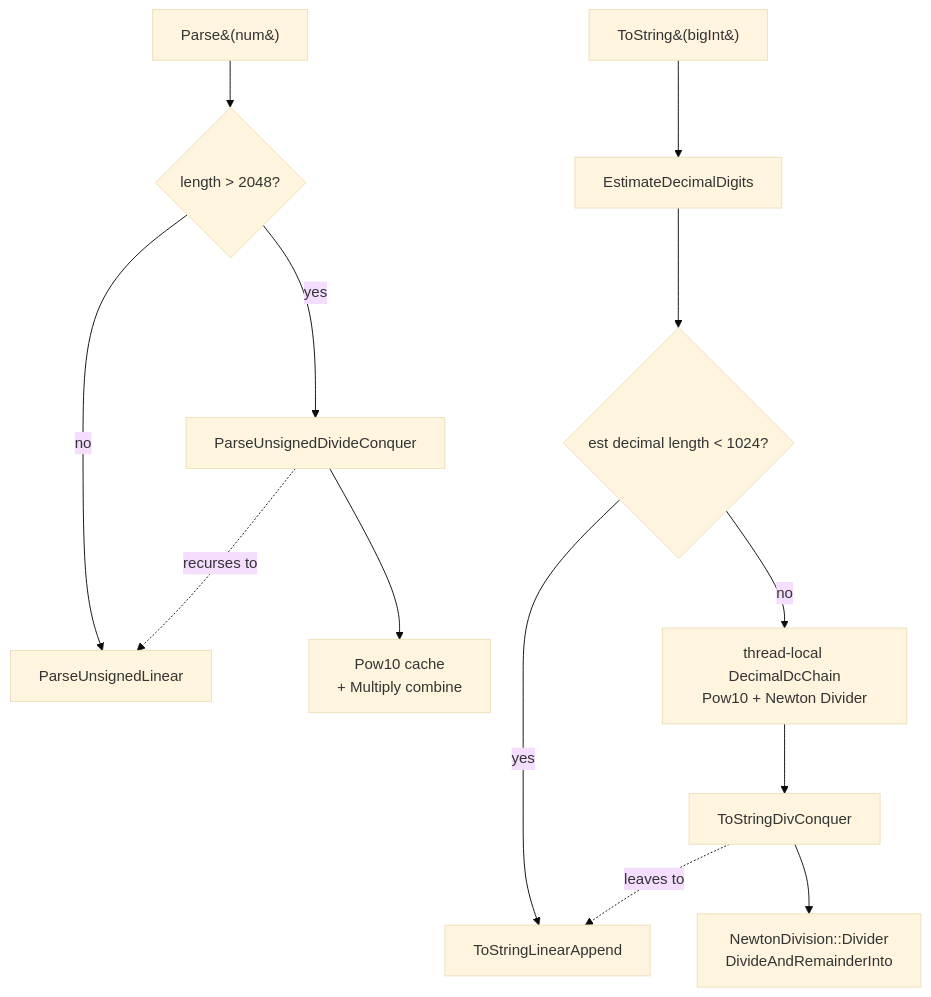
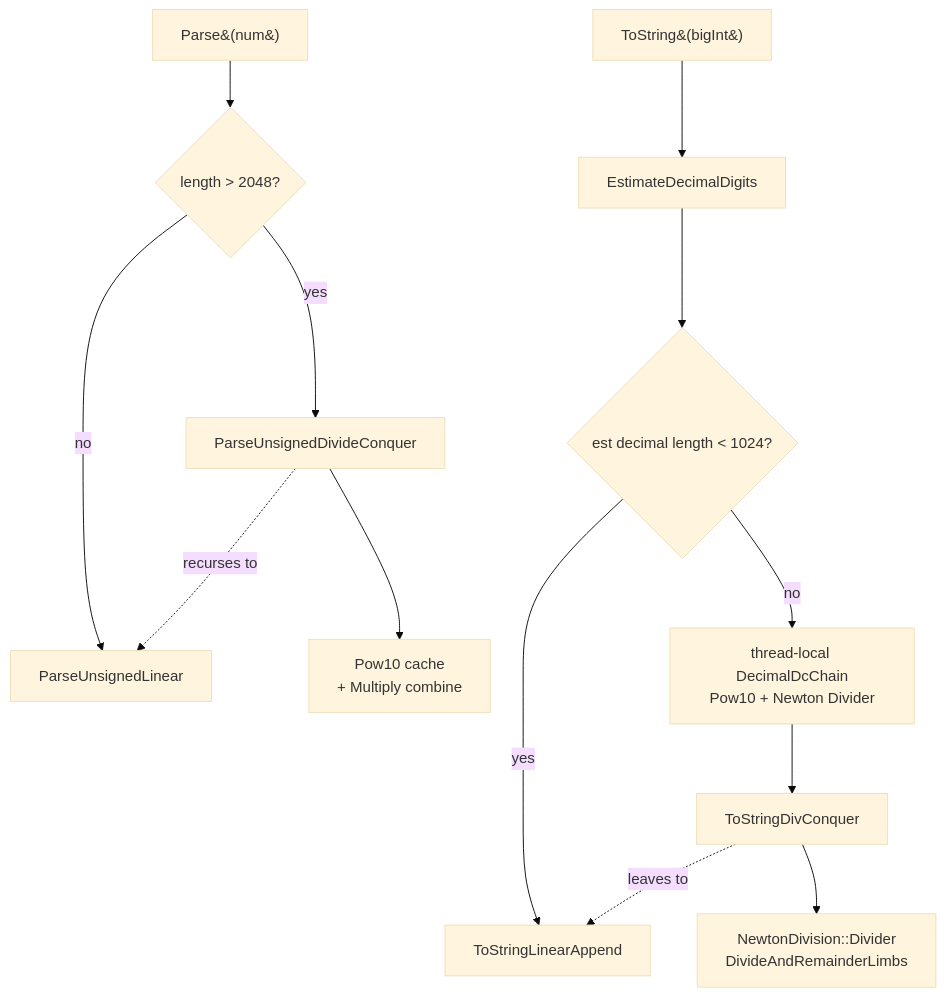
The diagram in docs/STRING_CONVERSION.md (mmurshed/biginteger), drawn with Mermaid (base theme) before and after one commit. The commit also changed other lines of this file and 3 other files, not shown here.

````diff
--- a/docs/STRING_CONVERSION.md
+++ b/docs/STRING_CONVERSION.md
@@ -374,16 +377,16 @@
 ```mermaid
 flowchart TD
     P[Parse&#40;num&#41;] --> P2{length &gt; 2048?}
     P2 -- no --> PL[ParseUnsignedLinear]
     P2 -- yes --> PD[ParseUnsignedDivideConquer]
     PD --> PP[Pow10 cache<br/>+ Multiply combine]
     PD -. recurses to .-> PL
 
     T[ToString&#40;bigInt&#41;] --> TE[EstimateDecimalDigits]
     TE --> T2{est decimal length &lt; 1024?}
     T2 -- yes --> TL[ToStringLinearAppend]
     T2 -- no --> TC[thread-local DecimalDcChain<br/>Pow10 + Newton Divider]
     TC --> TD[ToStringDivConquer]
-    TD --> NV[NewtonDivision::Divider<br/>DivideAndRemainderInto]
+    TD --> NV[NewtonDivision::Divider<br/>DivideAndRemainderLimbs]
     TD -. leaves to .-> TL
 ```
````
